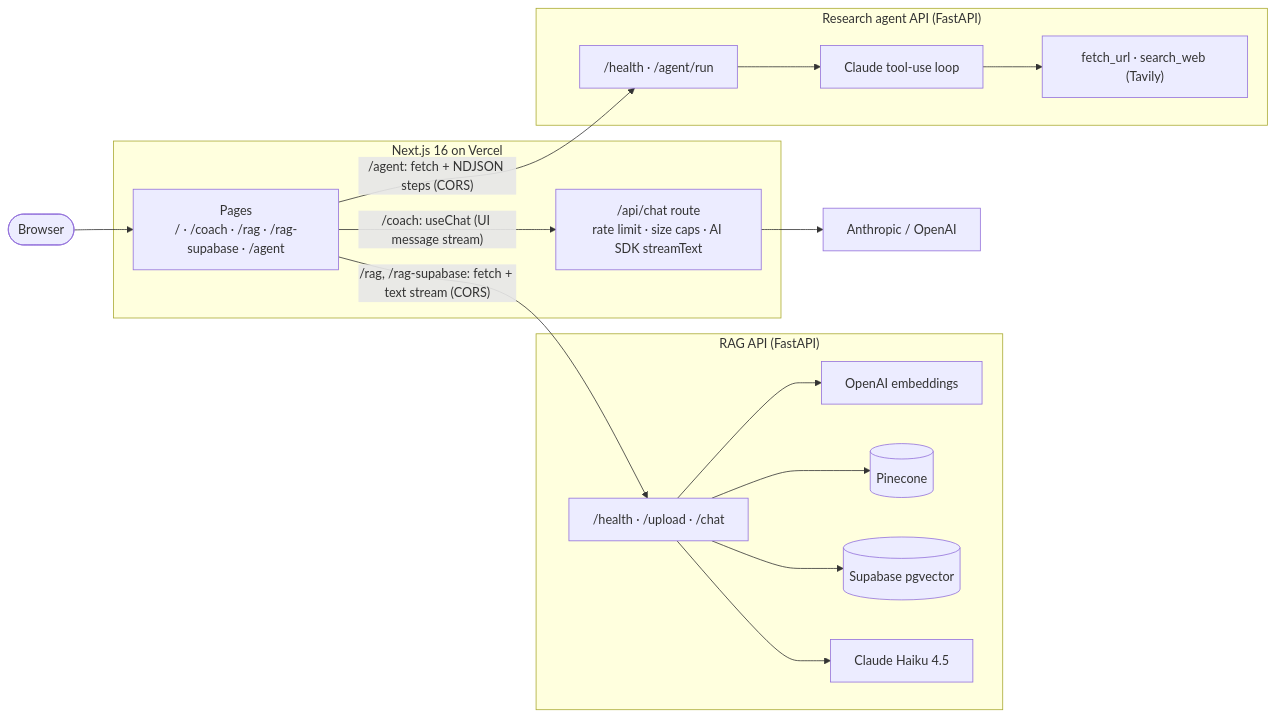
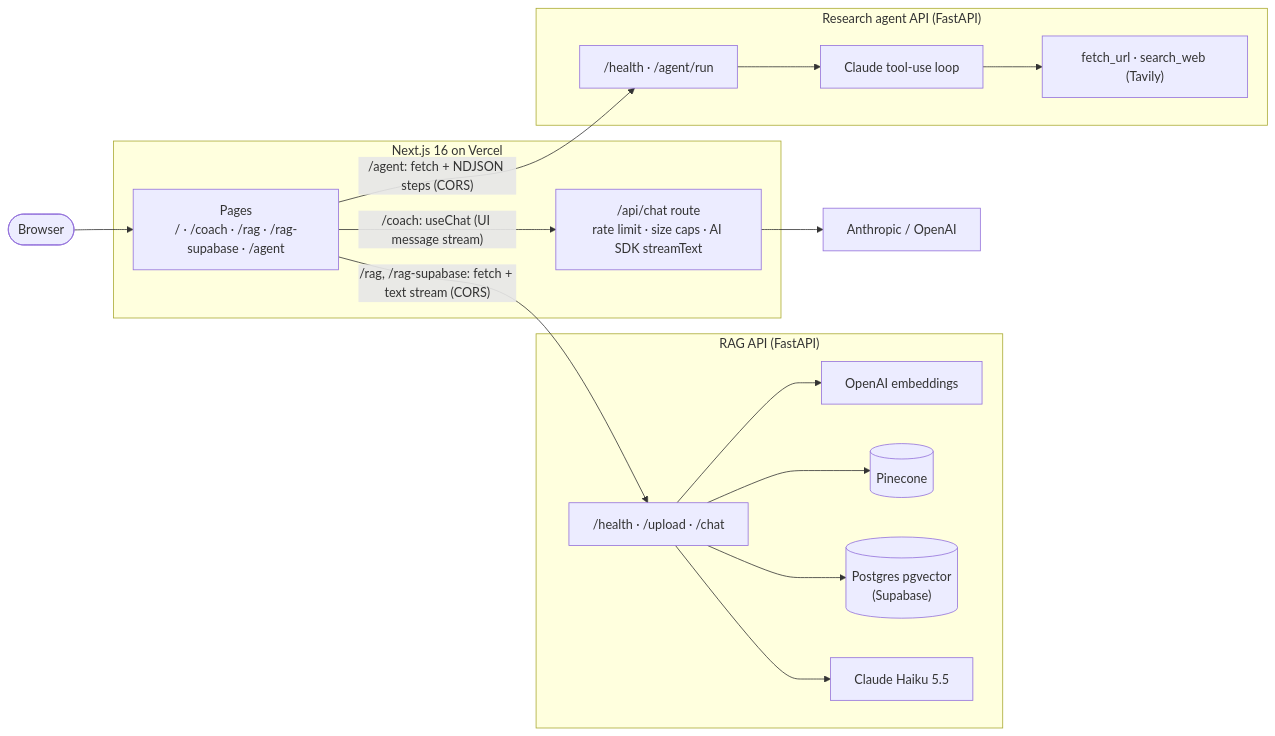
The diagram in README.md (uusammmaa/ai-engineer-portfolio), drawn with Mermaid before and after one commit. The commit also changed other lines of this file, not shown here.

````diff
--- a/README.md
+++ b/README.md
@@ -35,36 +35,36 @@
 ```mermaid
 flowchart LR
   user([Browser])
 
   subgraph vercel["Next.js 16 on Vercel"]
     pages["Pages<br/>/ · /coach · /rag · /rag-supabase · /agent"]
     chat["/api/chat route<br/>rate limit · size caps · AI SDK streamText"]
   end
 
   subgraph rag["RAG API (FastAPI)"]
     ragEp["/health · /upload · /chat"]
     embed["OpenAI embeddings"]
     pine[("Pinecone")]
-    pg[("Supabase pgvector")]
-    ragLlm["Claude Haiku 4.5"]
+    pg[("Postgres pgvector<br/>(Supabase)")]
+    ragLlm["Claude Haiku 5.5"]
   end
 
   subgraph agent["Research agent API (FastAPI)"]
     agentEp["/health · /agent/run"]
     loop["Claude tool-use loop"]
     tools["fetch_url · search_web (Tavily)"]
   end
 
   llm["Anthropic / OpenAI"]
 
   user --> pages
   pages -- "/coach: useChat (UI message stream)" --> chat
   chat --> llm
   pages -- "/rag, /rag-supabase: fetch + text stream (CORS)" --> ragEp
   ragEp --> embed
   ragEp --> pine
   ragEp --> pg
   ragEp --> ragLlm
   pages -- "/agent: fetch + NDJSON steps (CORS)" --> agentEp
   agentEp --> loop --> tools
 ```
````
